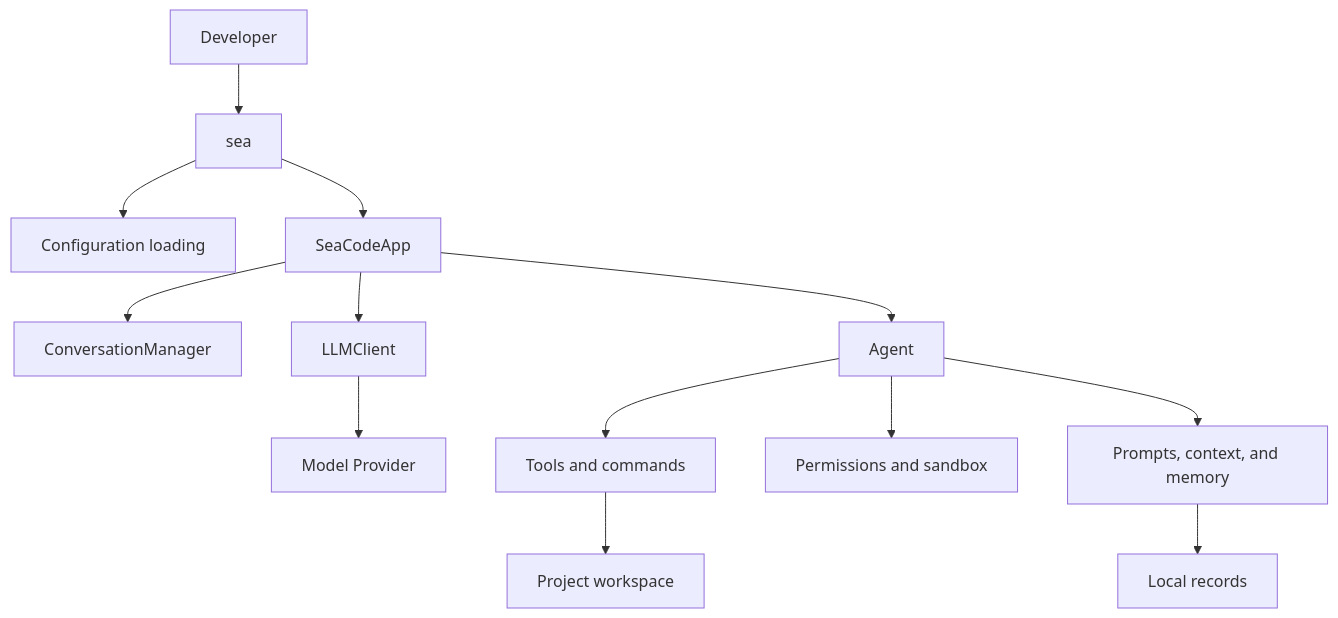
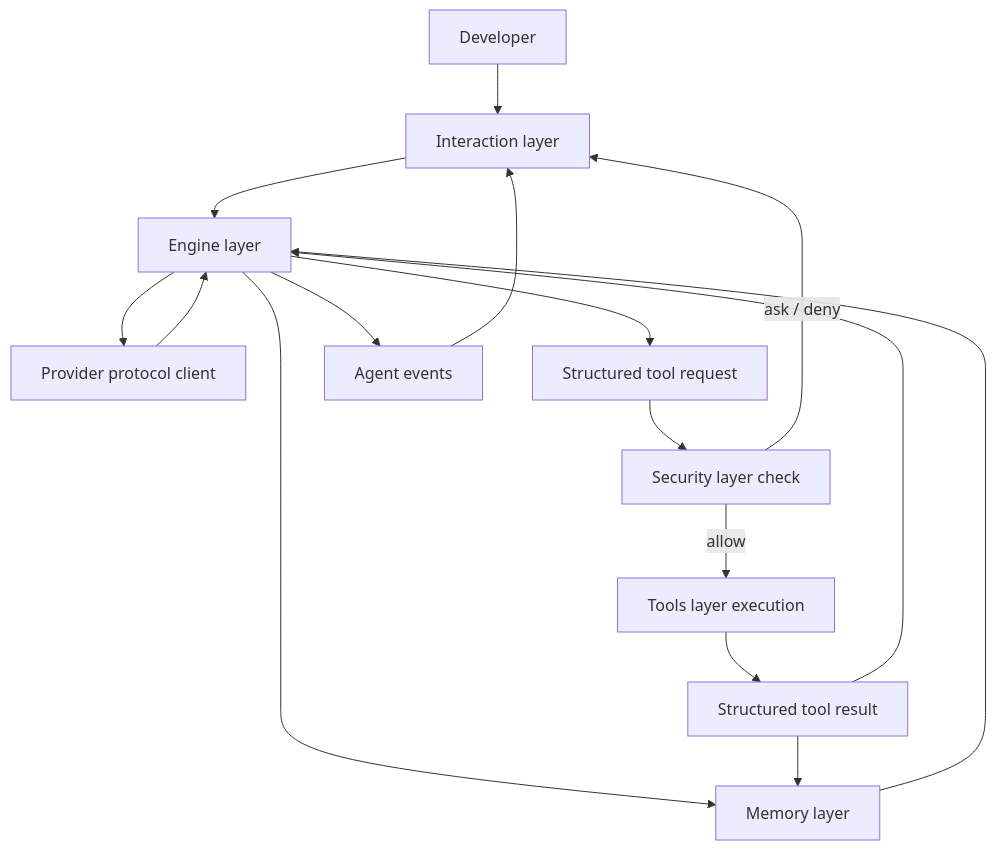
The second of 17 diagrams in docs-en/Design-SeaCode.md (seaFall98/SeaCode), drawn with Mermaid before and after one commit. The commit also changed other lines of this file and 10 other files, not shown here.

````diff
--- a/docs-en/Design-SeaCode.md
+++ b/docs-en/Design-SeaCode.md
@@ -11,15 +43,18 @@
 ```mermaid
 flowchart TB
-    User[Developer] --> Sea[sea]
-    Sea --> Config[Configuration loading]
-    Sea --> App[SeaCodeApp]
-    App --> Conversation[ConversationManager]
-    App --> Client[LLMClient]
-    Client --> Provider[Model Provider]
-    App --> Agent[Agent]
-    Agent --> Tools[Tools and commands]
-    Agent --> Permissions[Permissions and sandbox]
-    Agent --> Context[Prompts, context, and memory]
-    Tools --> Workspace[Project workspace]
-    Context --> Storage[Local records]
+    User[Developer] --> Interaction[Interaction layer]
+    Interaction --> Engine[Engine layer]
+    Engine --> Provider[Provider protocol client]
+    Provider --> Engine
+    Engine --> Memory[Memory layer]
+    Memory --> Engine
+    Engine --> Request[Structured tool request]
+    Request --> Security[Security layer check]
+    Security -->|allow| Tools[Tools layer execution]
+    Security -->|ask / deny| Interaction
+    Tools --> Result[Structured tool result]
+    Result --> Memory
+    Result --> Engine
+    Engine --> Events[Agent events]
+    Events --> Interaction
 ```
````
